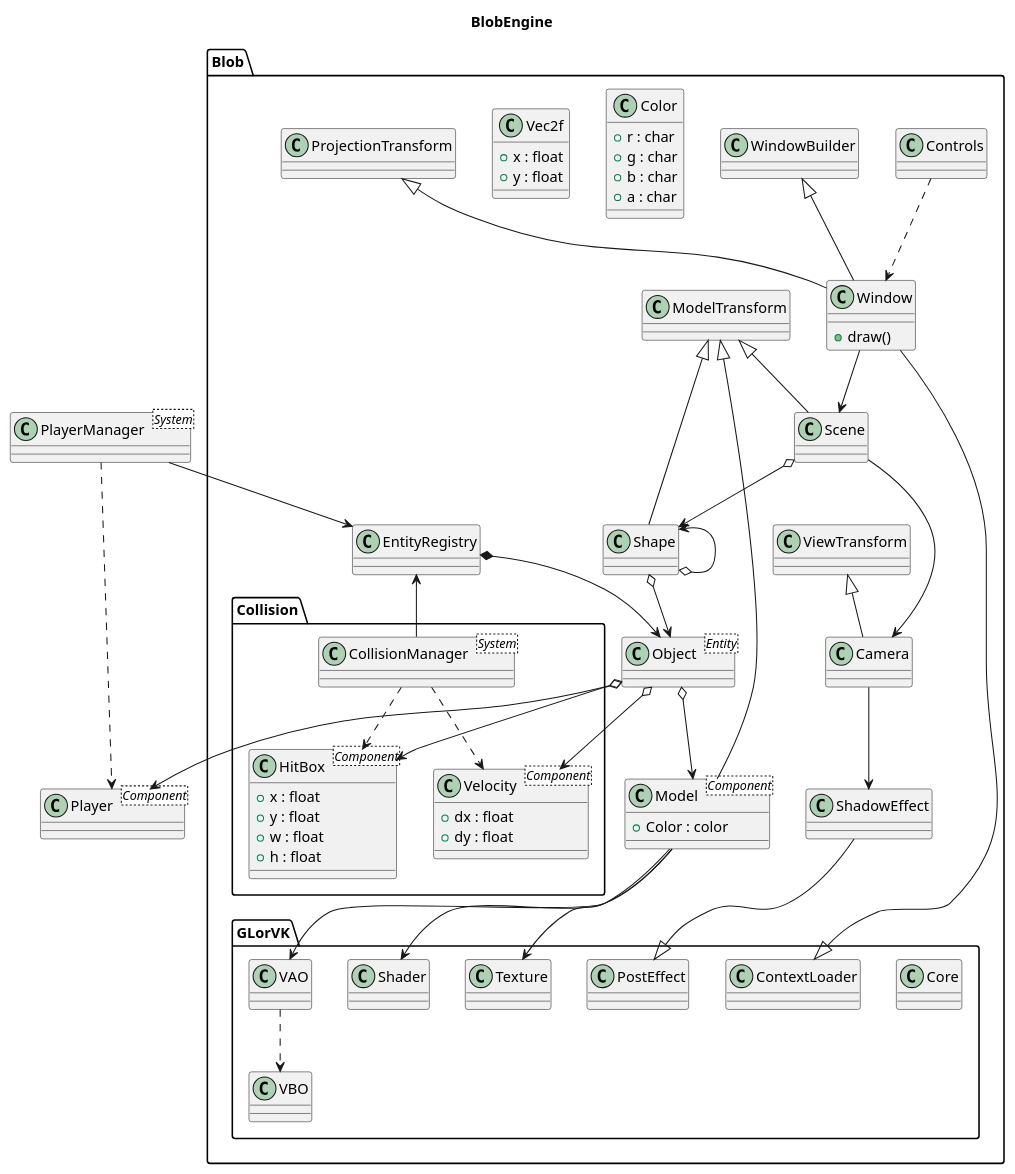
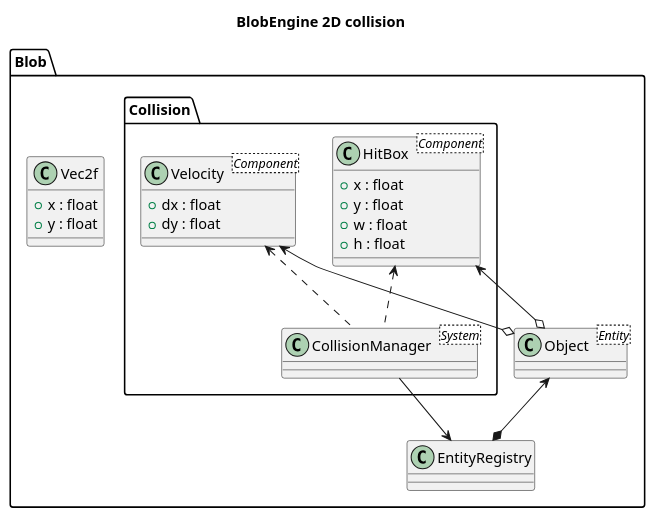
One commit to alexdesaint/BlobEngine changed the second of 2 diagrams in include/Blob/UML.puml. Above: the diagram before and after it, drawn with PlantUML. The commit also changed 33 other files, not shown here.

```diff
--- a/include/Blob/UML.puml
+++ b/include/Blob/UML.puml
@@ -1,119 +55,44 @@
 @startuml
 title BlobEngine
+
+title BlobEngine 2D collision
 
 namespace Blob {
 
     class Object <Entity> {
     }
 
-    class WindowBuilder {
+    EntityRegistry *-up-> Object
 
-    }
-
-    WindowBuilder <|-- Window
-
-    Object o--> Model
-
-    EntityRegistry *--> Object
-
-    ModelTransform <|-- Shape
-    ModelTransform <|-- Scene
-    ModelTransform <|-- Model
-
-    ViewTransform <|-- Camera
-
-    Camera --> ShadowEffect
-
-    ProjectionTransform <|-- Window
-
-    class Window {
-      + draw()
-    }
-
-    Window --> Scene
-
-    class Model <Component> {
-        + Color : color
-    }
-
-    namespace GLorVK {
-        class Core {
-        }
-
-        ContextLoader <|-- Blob.Window
-
-        Blob.Model --> VAO
-        Blob.Model --> Texture
-        Blob.Model --> Shader
-        VAO ..> VBO
-
-        class PostEffect {
-
-        }
-
-        Blob.ShadowEffect --|> PostEffect
-    }
-
-    Shape o-up-> Shape
-    Shape o--> Object
-
-    Scene -right-> Camera
-    Scene o--> Shape
 
     namespace Collision {
         CollisionManager --> Blob.EntityRegistry
-        CollisionManager ..> HitBox
-        CollisionManager ..> Velocity
+        CollisionManager .up.> HitBox
+        CollisionManager .up.> Velocity
 
 
-        Blob.Object o--> Velocity
-        Blob.Object o--> HitBox
+        Blob.Object o-up-> Velocity
+        Blob.Object o-up-> HitBox
 
         class CollisionManager <System> {
 
         }
 
         class HitBox <Component> {
             + x : float
             + y : float
             + w : float
             + h : float
         }
         class Velocity <Component> {
             + dx : float
             + dy : float
         }
     }
 
-    class Color {
-        +r : char
-        +g : char
-        +b : char
-        +a : char
-    }
-
     class Vec2f {
         + x : float
         + y : float
     }
-
-    class Controls {
-
-    }
-
-    Controls ..> Window
 }
-
-class Player <Component> {
-
-}
-
-class PlayerManager <System> {
-
-}
-
-PlayerManager ..> Player
-PlayerManager --> Blob.EntityRegistry
-
-Blob.Object o--> Player
 @enduml
```
